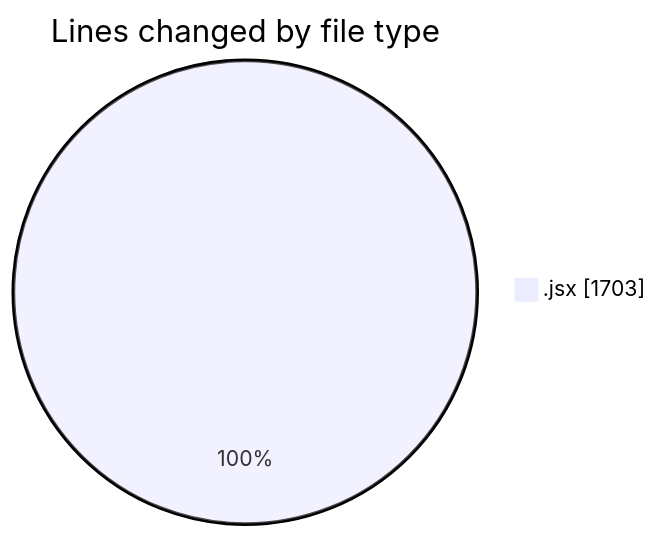
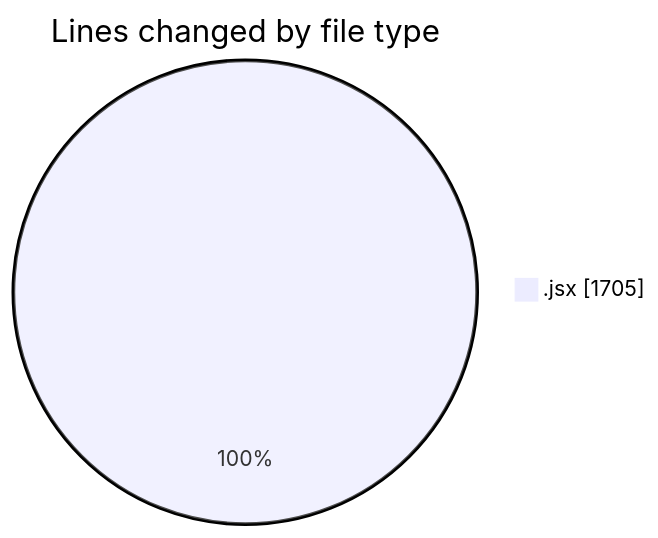
One commit to nxtqubesakshisongat/code-tracking changed the first of 2 diagrams in 2025-05-26/nxtqube_webapp/README.md. Above: the diagram before and after it, drawn with Mermaid. The commit also changed other lines of this file and 1 other file, not shown here.

````diff
--- a/2025-05-26/nxtqube_webapp/README.md
+++ b/2025-05-26/nxtqube_webapp/README.md
@@ -20,5 +20,5 @@
 ```mermaid
 pie showData
 title Lines changed by file type
-".jsx" : 1703
+".jsx" : 1705
 ```
````
